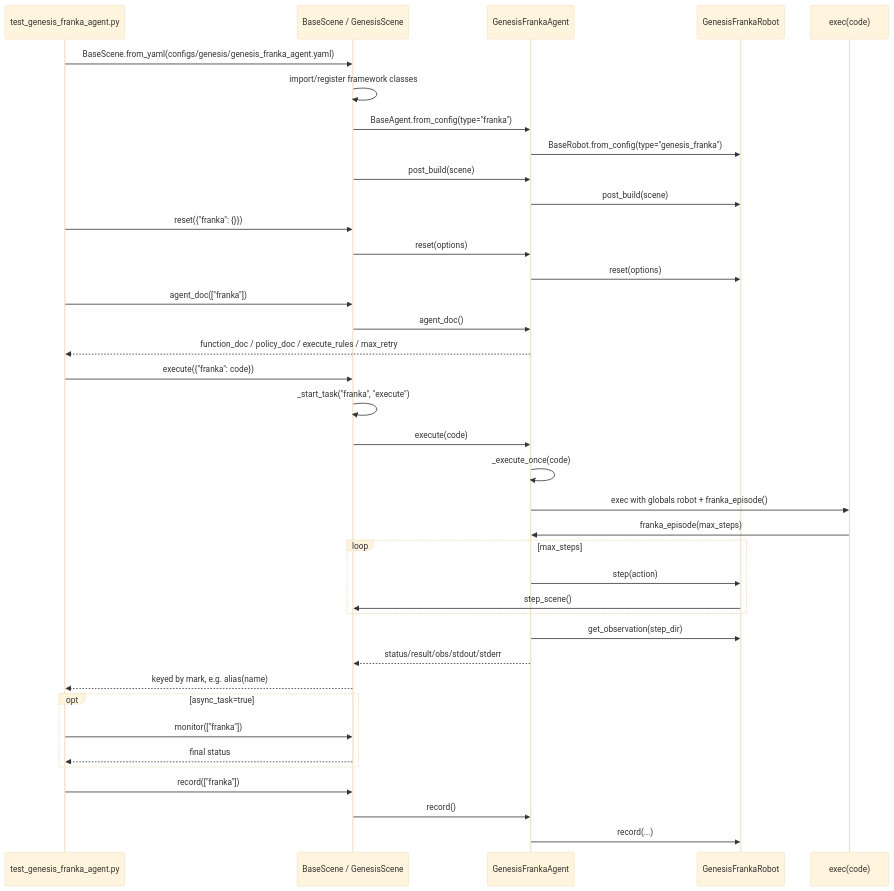
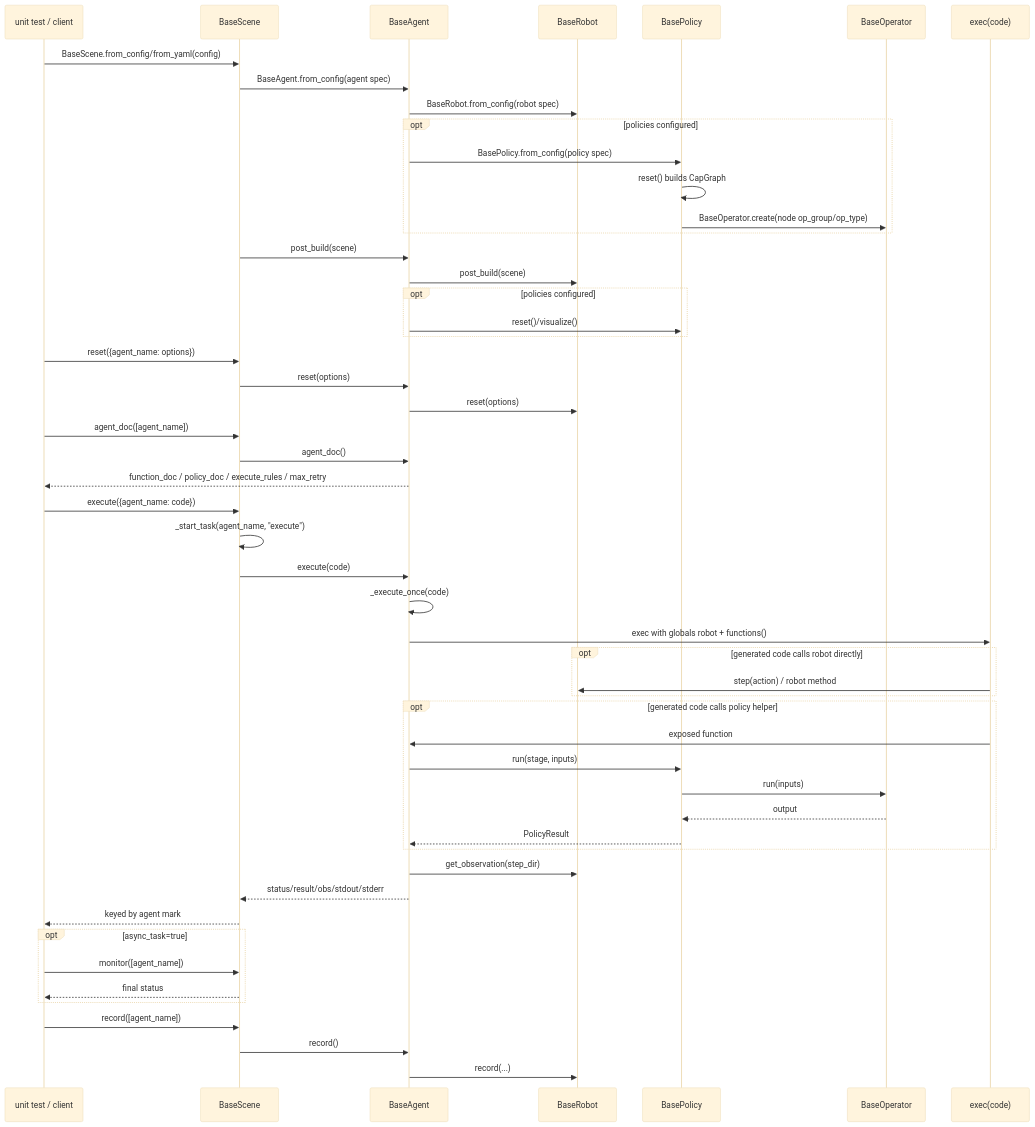
Before and after one commit to Archermmt/cap_general: the diagram in docs/local_execution_flow.mmd, drawn with Mermaid (base theme). The commit also changed 29 other files, not shown here.

```diff
--- a/docs/local_execution_flow.mmd
+++ b/docs/local_execution_flow.mmd
@@ -1,44 +1,58 @@
 sequenceDiagram
-    participant UT as test_genesis_franka_agent.py
-    participant Scene as BaseScene / GenesisScene
-    participant Agent as GenesisFrankaAgent
-    participant Robot as GenesisFrankaRobot
+    participant UT as unit test / client
+    participant Scene as BaseScene
+    participant Agent as BaseAgent
+    participant Robot as BaseRobot
+    participant Policy as BasePolicy
+    participant Operator as BaseOperator
     participant Code as exec(code)
 
-    UT->>Scene: BaseScene.from_yaml(configs/genesis/genesis_franka_agent.yaml)
-    Scene->>Scene: import/register framework classes
-    Scene->>Agent: BaseAgent.from_config(type="franka")
-    Agent->>Robot: BaseRobot.from_config(type="genesis_franka")
+    UT->>Scene: BaseScene.from_config/from_yaml(config)
+    Scene->>Agent: BaseAgent.from_config(agent spec)
+    Agent->>Robot: BaseRobot.from_config(robot spec)
+    opt policies configured
+        Agent->>Policy: BasePolicy.from_config(policy spec)
+        Policy->>Policy: reset() builds CapGraph
+        Policy->>Operator: BaseOperator.create(node op_group/op_type)
+    end
     Scene->>Agent: post_build(scene)
     Agent->>Robot: post_build(scene)
+    opt policies configured
+        Agent->>Policy: reset()/visualize()
+    end
 
-    UT->>Scene: reset({"franka": {}})
+    UT->>Scene: reset({agent_name: options})
     Scene->>Agent: reset(options)
     Agent->>Robot: reset(options)
 
-    UT->>Scene: agent_doc(["franka"])
+    UT->>Scene: agent_doc([agent_name])
     Scene->>Agent: agent_doc()
     Agent-->>UT: function_doc / policy_doc / execute_rules / max_retry
 
-    UT->>Scene: execute({"franka": code})
-    Scene->>Scene: _start_task("franka", "execute")
+    UT->>Scene: execute({agent_name: code})
+    Scene->>Scene: _start_task(agent_name, "execute")
     Scene->>Agent: execute(code)
     Agent->>Agent: _execute_once(code)
-    Agent->>Code: exec with globals robot + franka_episode()
-    Code->>Agent: franka_episode(max_steps)
-    loop max_steps
-        Agent->>Robot: step(action)
-        Robot->>Scene: step_scene()
+    Agent->>Code: exec with globals robot + functions()
+    opt generated code calls robot directly
+        Code->>Robot: step(action) / robot method
+    end
+    opt generated code calls policy helper
+        Code->>Agent: exposed function
+        Agent->>Policy: run(stage, inputs)
+        Policy->>Operator: run(inputs)
+        Operator-->>Policy: output
+        Policy-->>Agent: PolicyResult
     end
     Agent->>Robot: get_observation(step_dir)
     Agent-->>Scene: status/result/obs/stdout/stderr
-    Scene-->>UT: keyed by mark, e.g. alias(name)
+    Scene-->>UT: keyed by agent mark
 
     opt async_task=true
-      UT->>Scene: monitor(["franka"])
+      UT->>Scene: monitor([agent_name])
       Scene-->>UT: final status
     end
 
-    UT->>Scene: record(["franka"])
+    UT->>Scene: record([agent_name])
     Scene->>Agent: record()
     Agent->>Robot: record(...)
```
